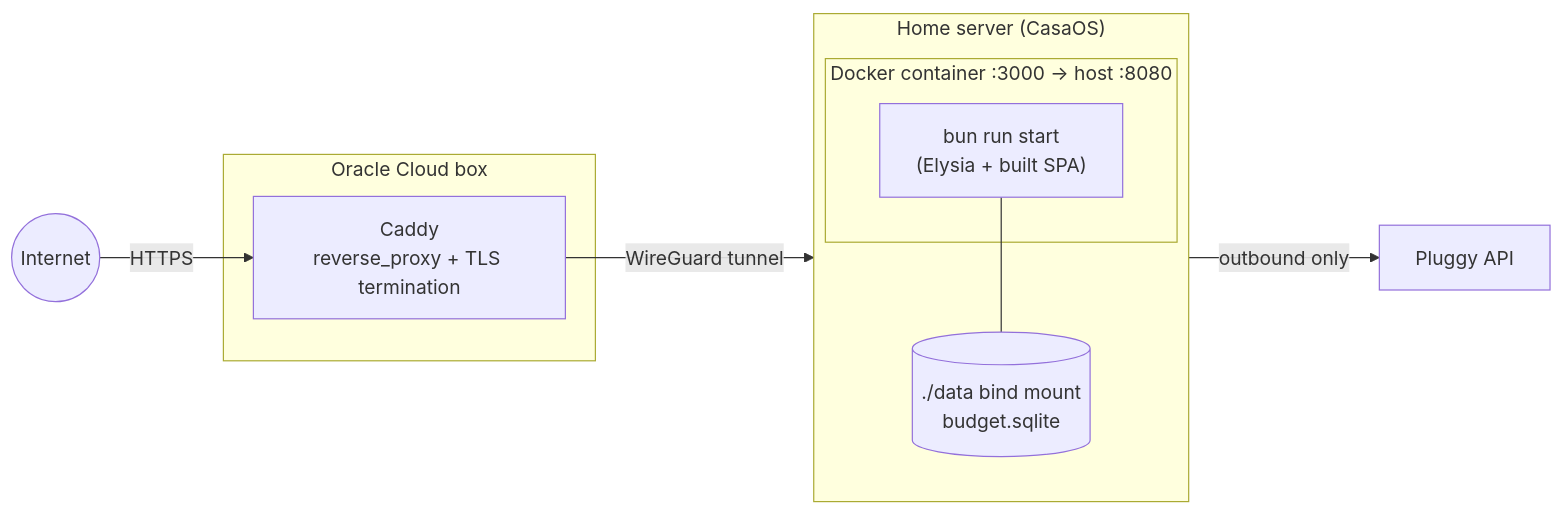
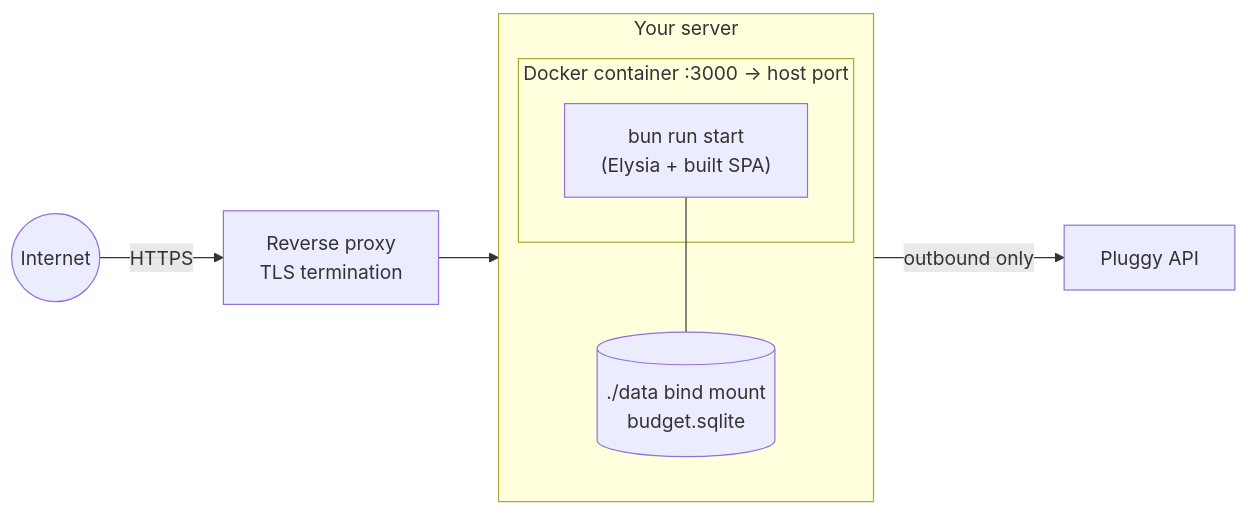
Before and after one commit to Botelho31/copiloto-financeiro: the seventh of 7 diagrams in ARCHITECTURE.md, drawn with Mermaid. The commit also changed other lines of this file, not shown here.

Commit message:
Genericize the deployment section in ARCHITECTURE.md
Drops CasaOS/Oracle Cloud/WireGuard specifics from the deployment diagram
and text in favor of "your server" / "your reverse proxy" — those were
one person's actual setup, not something every deployer of this app runs.

````diff
--- a/ARCHITECTURE.md
+++ b/ARCHITECTURE.md
@@ -323,18 +323,16 @@
 ```mermaid
 flowchart LR
-    subgraph Home["Home server (CasaOS)"]
-        subgraph Container["Docker container :3000 -> host :8080"]
+    subgraph Server["Your server"]
+        subgraph Container["Docker container :3000 -> host port"]
             App["bun run start<br>(Elysia + built SPA)"]
         end
         Volume[("./data bind mount<br>budget.sqlite")]
         App --- Volume
     end
 
-    subgraph Cloud["Oracle Cloud box"]
-        Caddy["Caddy<br>reverse_proxy + TLS termination"]
-    end
+    ReverseProxy["Reverse proxy<br>TLS termination"]
 
-    Internet(("Internet")) -->|"HTTPS"| Caddy
-    Caddy -->|"WireGuard tunnel"| Home
-    Home -->|"outbound only"| PluggyAPI["Pluggy API"]
+    Internet(("Internet")) -->|"HTTPS"| ReverseProxy
+    ReverseProxy --> Server
+    Server -->|"outbound only"| PluggyAPI["Pluggy API"]
 ```
````
